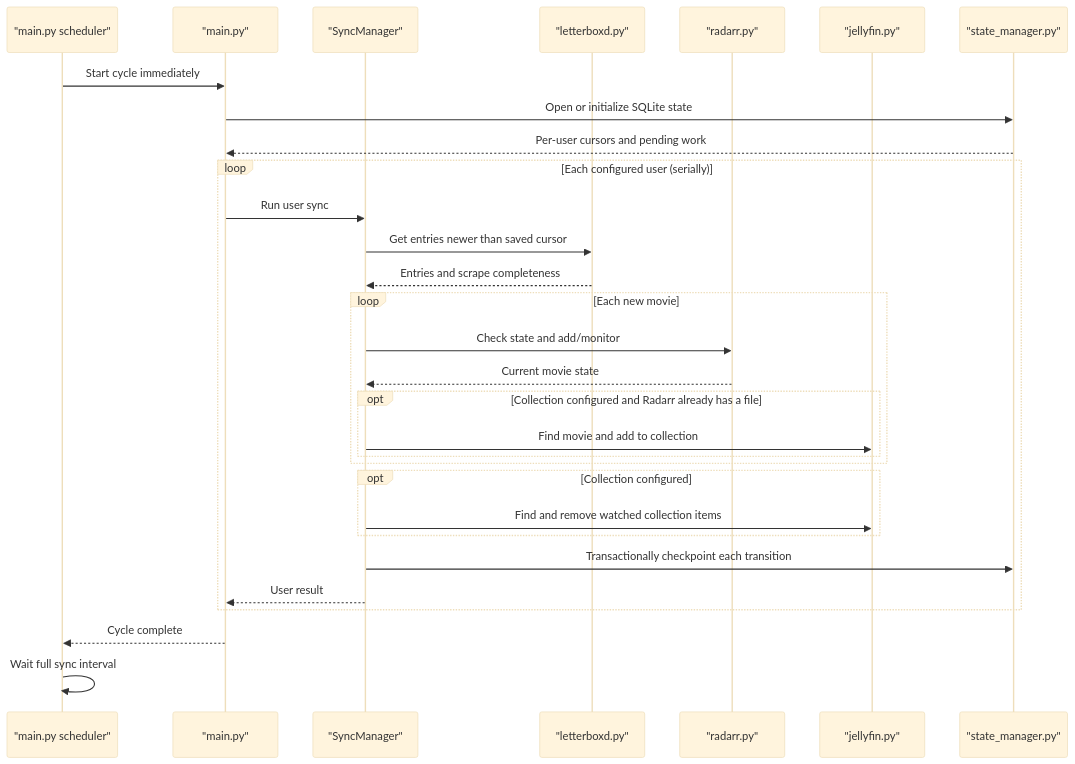
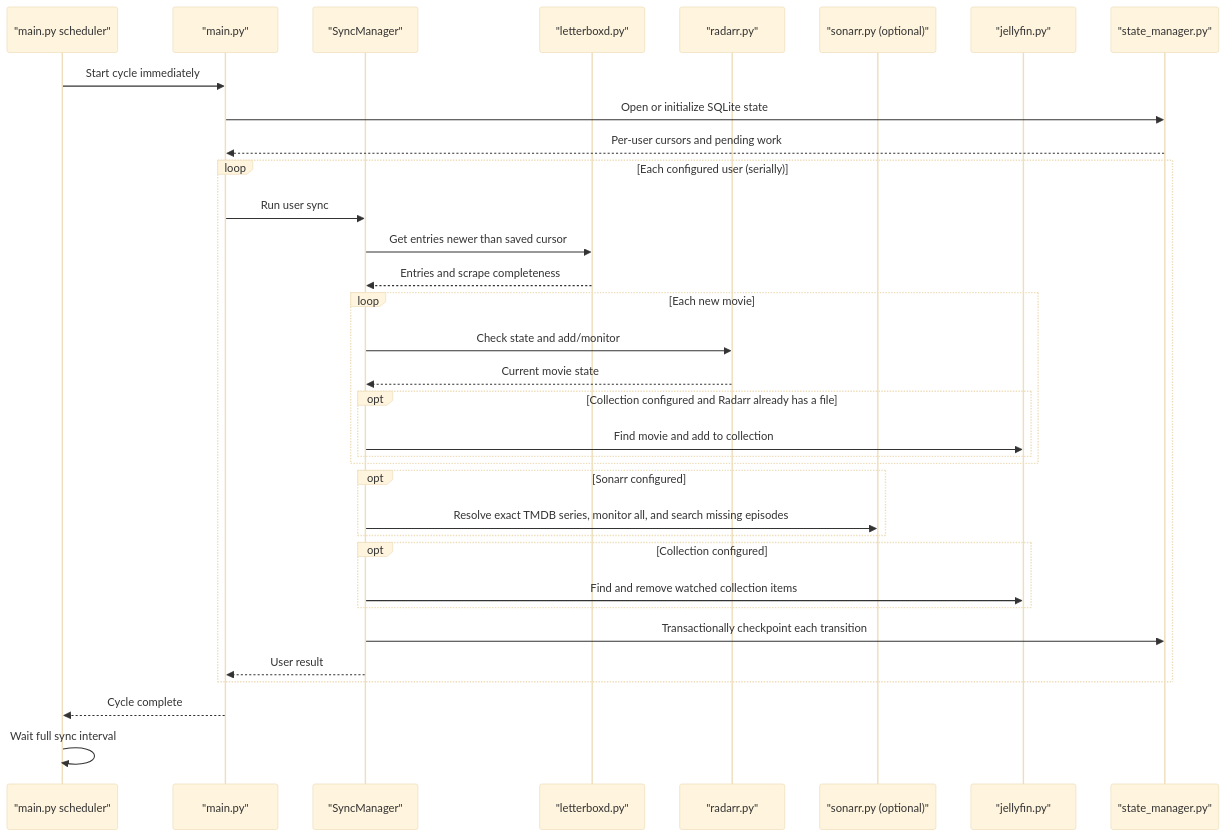
Before and after one commit to MathisVerstrepen/letterboxd-jellyfin: the diagram in README.md, drawn with Mermaid (base theme). The commit also changed other lines of this file and 18 other files, not shown here.

First line of the commit message:
feat: Add optional Sonarr series sync

````diff
--- a/README.md
+++ b/README.md
@@ -46,37 +48,42 @@
 ```mermaid
 sequenceDiagram
     participant Scheduler as "main.py scheduler"
     participant Main as "main.py"
     participant SyncManager as "SyncManager"
     participant Letterboxd as "letterboxd.py"
     participant Radarr as "radarr.py"
+    participant Sonarr as "sonarr.py (optional)"
     participant Jellyfin as "jellyfin.py"
     participant State as "state_manager.py"
 
     Scheduler->>Main: Start cycle immediately
     Main->>State: Open or initialize SQLite state
     State-->>Main: Per-user cursors and pending work
 
     loop Each configured user (serially)
         Main->>SyncManager: Run user sync
         SyncManager->>Letterboxd: Get entries newer than saved cursor
         Letterboxd-->>SyncManager: Entries and scrape completeness
 
         loop Each new movie
             SyncManager->>Radarr: Check state and add/monitor
             Radarr-->>SyncManager: Current movie state
             opt Collection configured and Radarr already has a file
                 SyncManager->>Jellyfin: Find movie and add to collection
             end
         end
 
+        opt Sonarr configured
+            SyncManager->>Sonarr: Resolve exact TMDB series, monitor all, and search missing episodes
+        end
+
         opt Collection configured
             SyncManager->>Jellyfin: Find and remove watched collection items
         end
         SyncManager->>State: Transactionally checkpoint each transition
         SyncManager-->>Main: User result
     end
 
     Main-->>Scheduler: Cycle complete
     Scheduler->>Scheduler: Wait full sync interval
 ```
````
